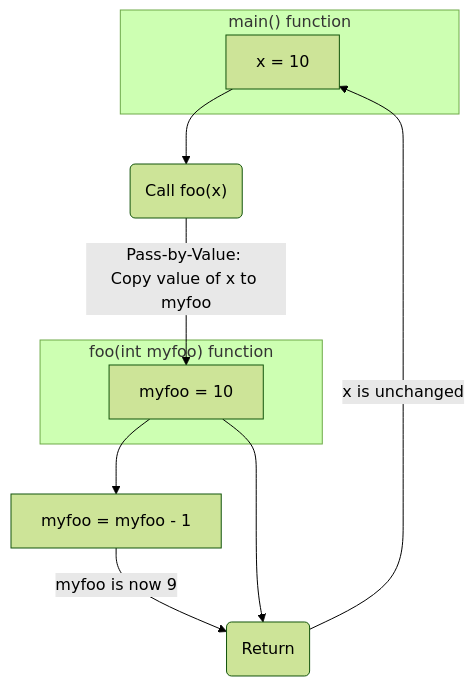
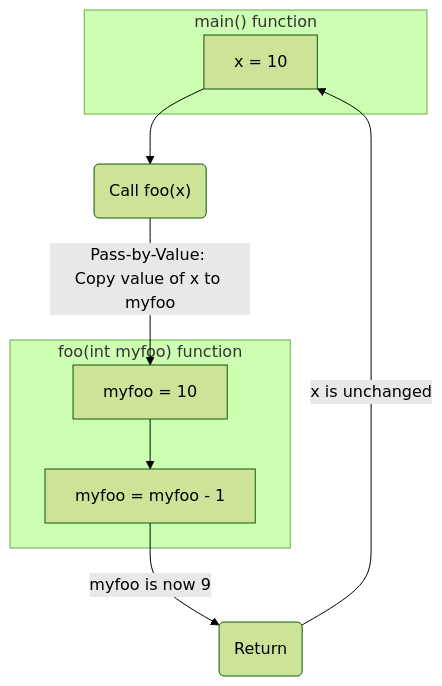
One commit to ruslylove/compro changed the sixth of 6 diagrams in lectures/lect-5.md. Above: the diagram before and after it, drawn with Mermaid (forest theme).

Commit message:
fixed diagram

````diff
--- a/lectures/lect-5.md
+++ b/lectures/lect-5.md
@@ -409,21 +409,21 @@
 ```mermaid {scale:0.64}
 graph TD
     subgraph "main() function"
         A["x = 10"]
     end
 
     subgraph "foo(int myfoo) function"
         B["myfoo = 10"]
+        D[myfoo = myfoo - 1]
     end
 
     C("Call foo(x)")
-    D[myfoo = myfoo - 1]
+    
     E(Return)
 
     A --> C
     C -- "Pass-by-Value: <br>Copy value of x to myfoo" --> B
     B --> D
     D -- "myfoo is now 9" --> E
-    B --> E
     E -- "x is unchanged" --> A
 ```
````
